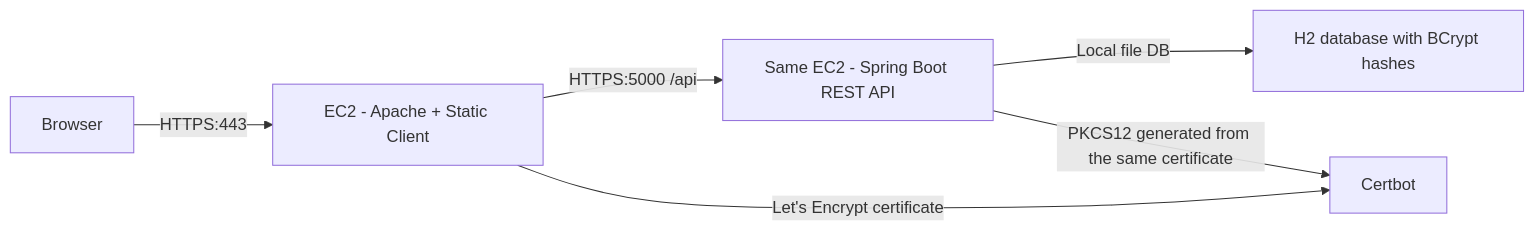
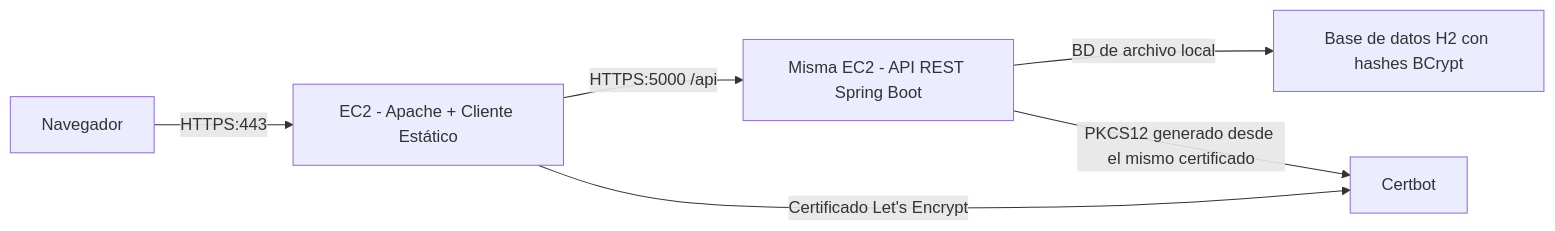
One commit to Natalia-Espitia/secureapp changed the diagram in README.md. Above: the diagram before and after it, drawn with Mermaid. The commit also changed other lines of this file and 4 other files, not shown here.

````diff
--- a/README.md
+++ b/README.md
@@ -24,8 +25,8 @@
 ```mermaid
 flowchart LR
-    Browser["Browser"] -->|"HTTPS:443"| Apache["EC2 - Apache + Static Client"]
-    Apache -->|"HTTPS:5000 /api"| Spring["Same EC2 - Spring Boot REST API"]
-    Spring -->|"Local file DB"| H2["H2 database with BCrypt hashes"]
-    Apache -->|"Let's Encrypt certificate"| LE["Certbot"]
-    Spring -->|"PKCS12 generated from the same certificate"| LE
+    Browser["Navegador"] -->|"HTTPS:443"| Apache["EC2 - Apache + Cliente Estático"]
+    Apache -->|"HTTPS:5000 /api"| Spring["Misma EC2 - API REST Spring Boot"]
+    Spring -->|"BD de archivo local"| H2["Base de datos H2 con hashes BCrypt"]
+    Apache -->|"Certificado Let's Encrypt"| LE["Certbot"]
+    Spring -->|"PKCS12 generado desde el mismo certificado"| LE
 ```
````
